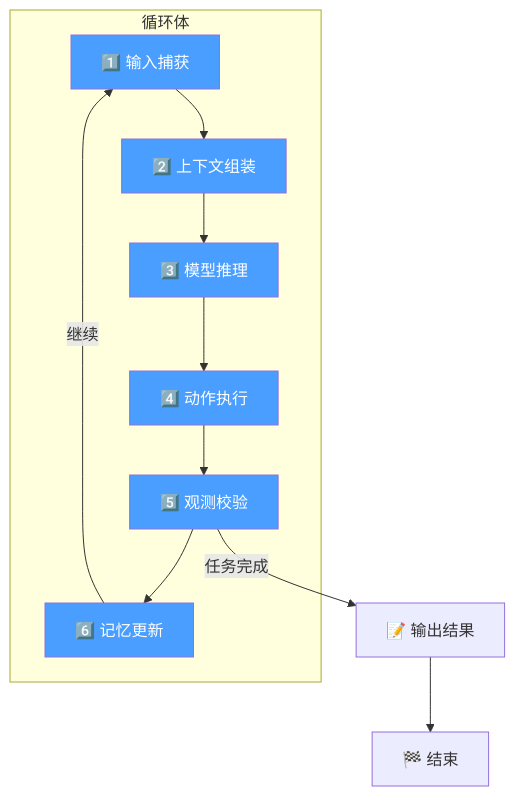
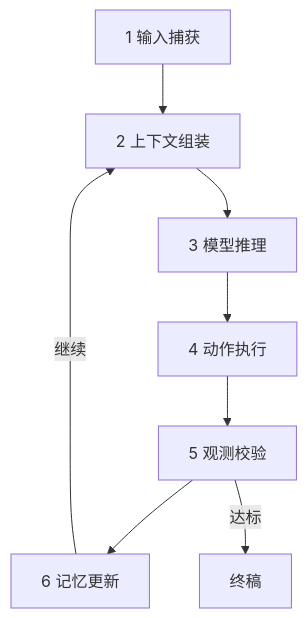
The second of 3 diagrams in my-agent-philosophy.md (zhibinQiu/benxi), drawn with Mermaid before and after one commit. The commit also changed other lines of this file and 620 other files, not shown here.

````diff
--- a/my-agent-philosophy.md
+++ b/my-agent-philosophy.md
@@ -76,21 +36,7 @@
 ```mermaid
 flowchart TB
-  subgraph 循环体
-    A[1️⃣ 输入捕获] --> B[2️⃣ 上下文组装]
-    B --> C[3️⃣ 模型推理]
-    C --> D[4️⃣ 动作执行]
-    D --> E[5️⃣ 观测校验]
-    E --> F[6️⃣ 记忆更新]
-    F -->|"继续"| A
-  end
-
-  E -->|"任务完成"| G[📝 输出结果]
-  G --> H[🏁 结束]
-
-  style A fill:#4a9eff,color:#fff
-  style B fill:#4a9eff,color:#fff
-  style C fill:#4a9eff,color:#fff
-  style D fill:#4a9eff,color:#fff
-  style E fill:#4a9eff,color:#fff
-  style F fill:#4a9eff,color:#fff
+  A[1 输入捕获] --> B[2 上下文组装] --> C[3 模型推理]
+  C --> D[4 动作执行] --> E[5 观测校验] --> F[6 记忆更新]
+  F -->|继续| B
+  E -->|达标| G[终稿]
 ```
````
